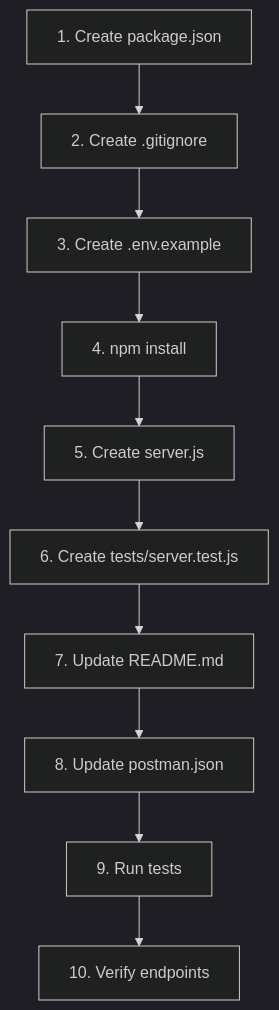
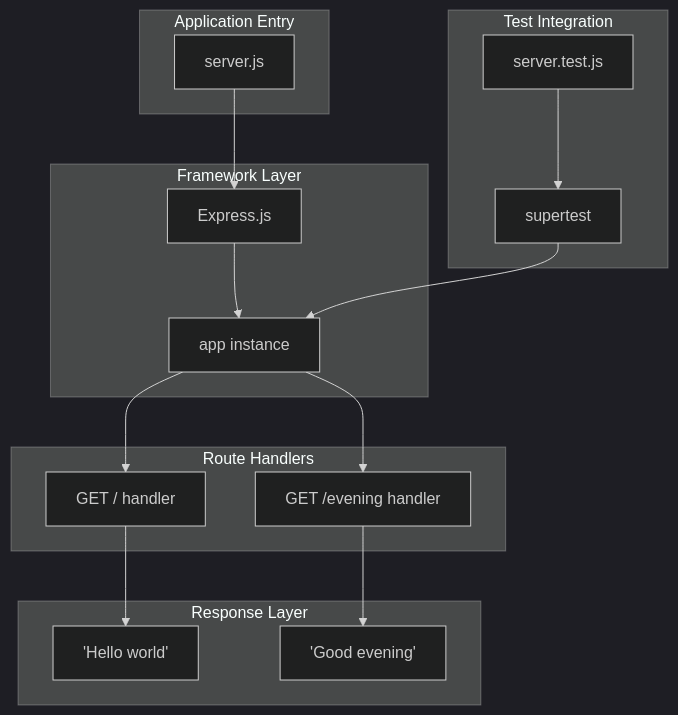
One commit to sudhanshu-spec/Repo-Test-Sud changed the second of 4 diagrams in blitzy/documentation/Technical Specifications.md. Above: the diagram before and after it, drawn with Mermaid (dark theme). The commit also changed other lines of this file, not shown here.

````diff
--- a/blitzy/documentation/Technical Specifications.md
+++ b/blitzy/documentation/Technical Specifications.md
@@ -547,12 +432,35 @@
 ```mermaid
-flowchart TD
-    A[1. Create package.json] --> B[2. Create .gitignore]
-    B --> C[3. Create .env.example]
-    C --> D[4. npm install]
-    D --> E[5. Create server.js]
-    E --> F[6. Create tests/server.test.js]
-    F --> G[7. Update README.md]
-    G --> H[8. Update postman.json]
-    H --> I[9. Run tests]
-    I --> J[10. Verify endpoints]
+graph TB
+    subgraph "Application Entry"
+        A[server.js]
+    end
+    
+    subgraph "Framework Layer"
+        B[Express.js]
+        C[app instance]
+    end
+    
+    subgraph "Route Handlers"
+        D["GET / handler"]
+        E["GET /evening handler"]
+    end
+    
+    subgraph "Response Layer"
+        F["'Hello world'"]
+        G["'Good evening'"]
+    end
+    
+    subgraph "Test Integration"
+        H[supertest]
+        I[server.test.js]
+    end
+    
+    A --> B
+    B --> C
+    C --> D
+    C --> E
+    D --> F
+    E --> G
+    I --> H
+    H --> C
 ```
````
